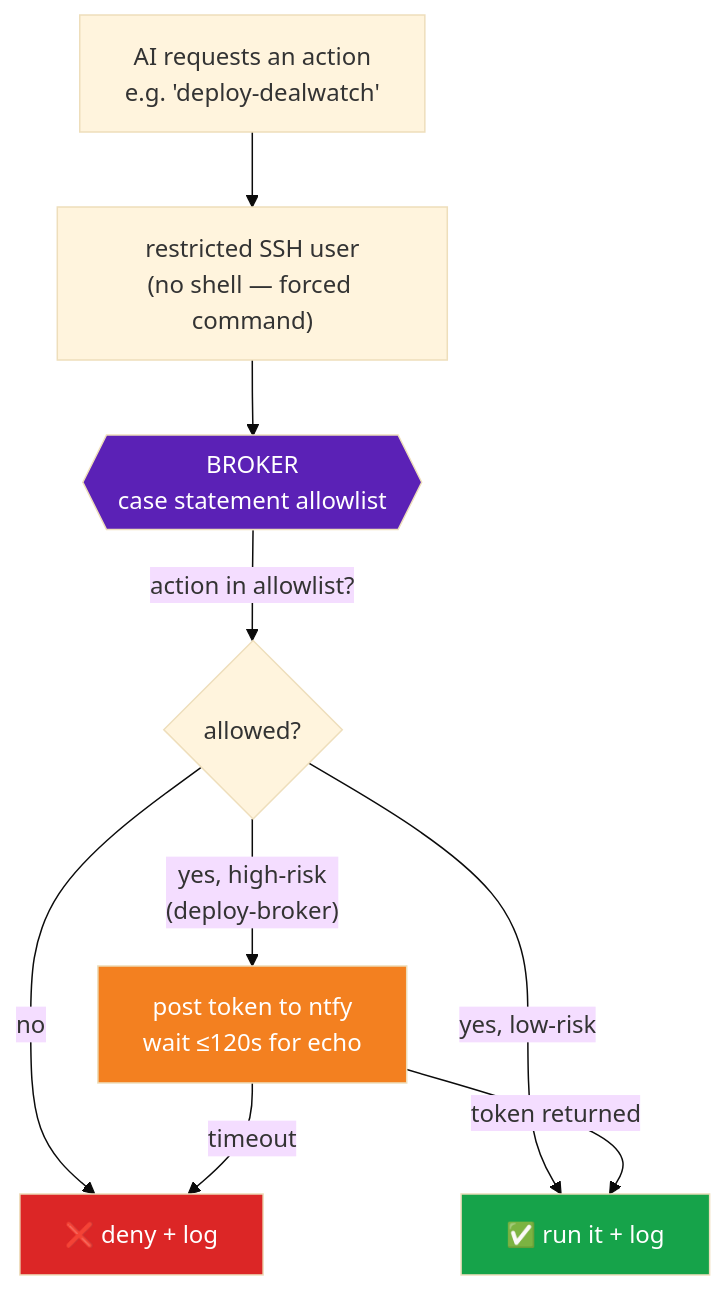
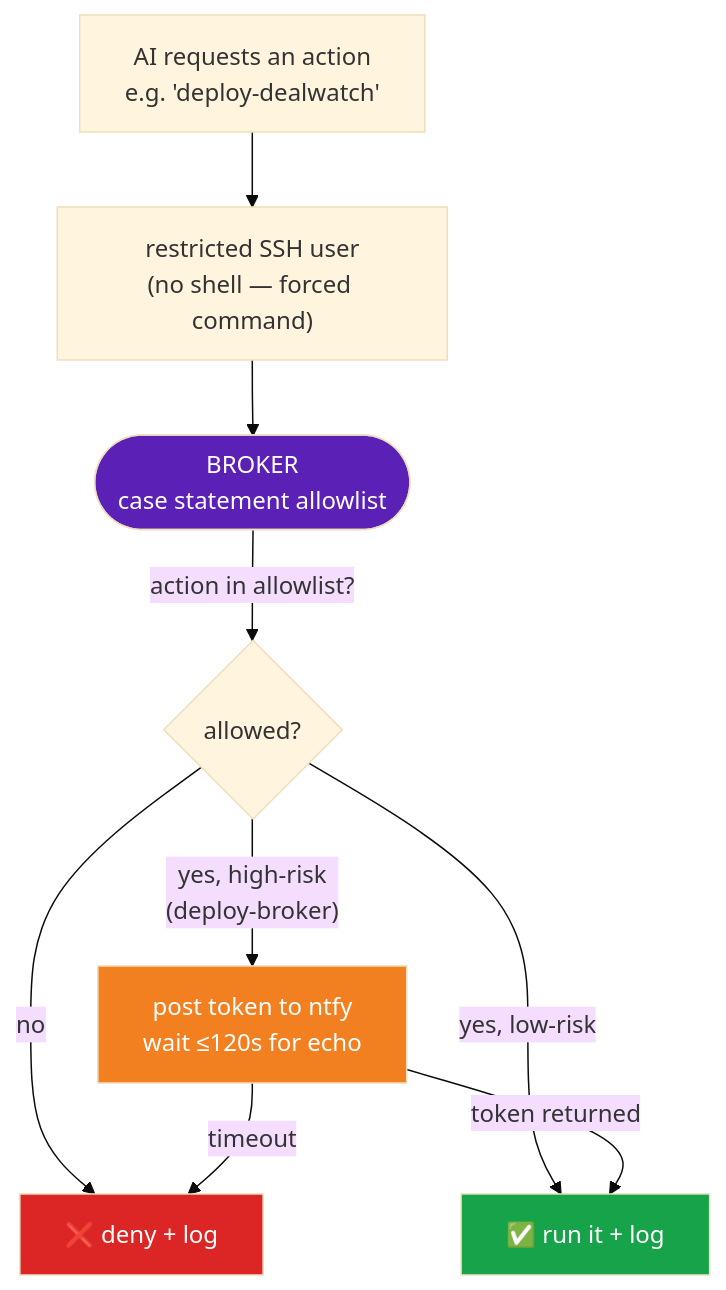
One commit to rci27/ai-operated-homelab changed the sixth of 13 diagrams in index.md. Above: the diagram before and after it, drawn with Mermaid (base theme). The commit also changed other lines of this file, not shown here.

Commit message:
fix: replace broker hexagon with stadium shape so §1 and §6 render

````diff
--- a/index.md
+++ b/index.md
@@ -308,16 +308,16 @@
 ```mermaid
 flowchart TD
     req["AI requests an action<br/>e.g. 'deploy-dealwatch'"] --> ssh["restricted SSH user<br/>(no shell — forced command)"]
-    ssh --> broker{{"BROKER<br/>case statement allowlist"}}
+    ssh --> broker(["BROKER<br/>case statement allowlist"])
     broker -->|"action in allowlist?"| check{allowed?}
     check -->|"no"| deny["❌ deny + log"]
     check -->|"yes, low-risk"| run["✅ run it + log"]
     check -->|"yes, high-risk<br/>(deploy-broker)"| gate["post token to ntfy<br/>wait ≤120s for echo"]
     gate -->|"token returned"| run
     gate -->|"timeout"| deny
 
     style broker fill:#5b21b6,color:#fff
     style deny fill:#dc2626,color:#fff
     style run fill:#16a34a,color:#fff
     style gate fill:#f38020,color:#fff
 ```
````
